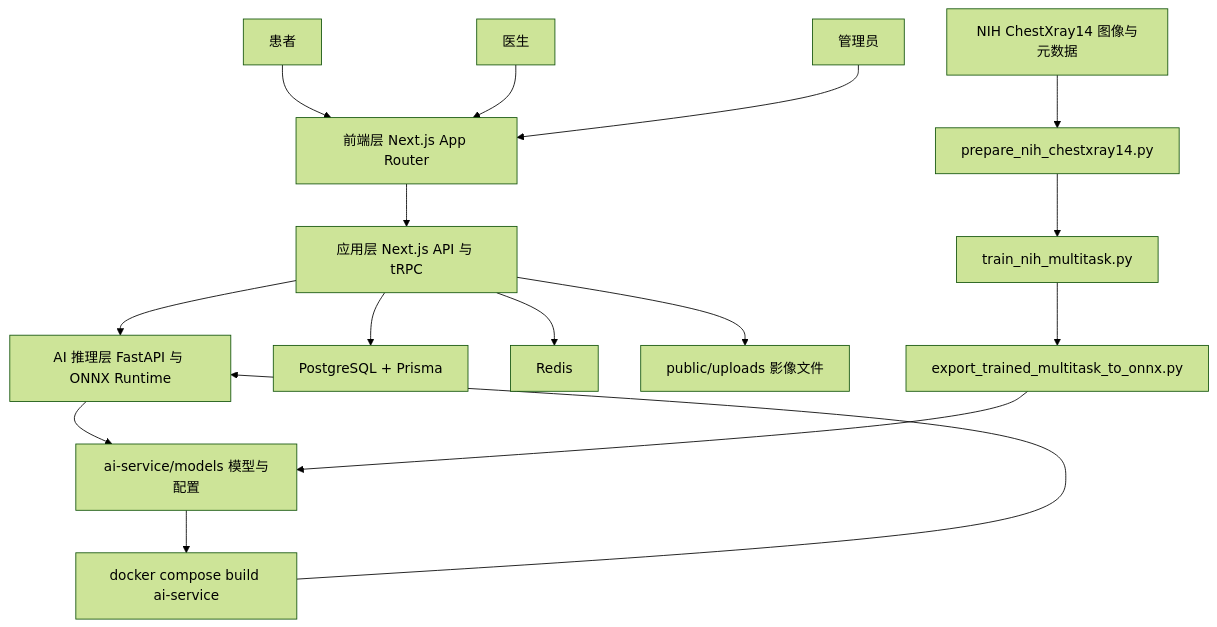
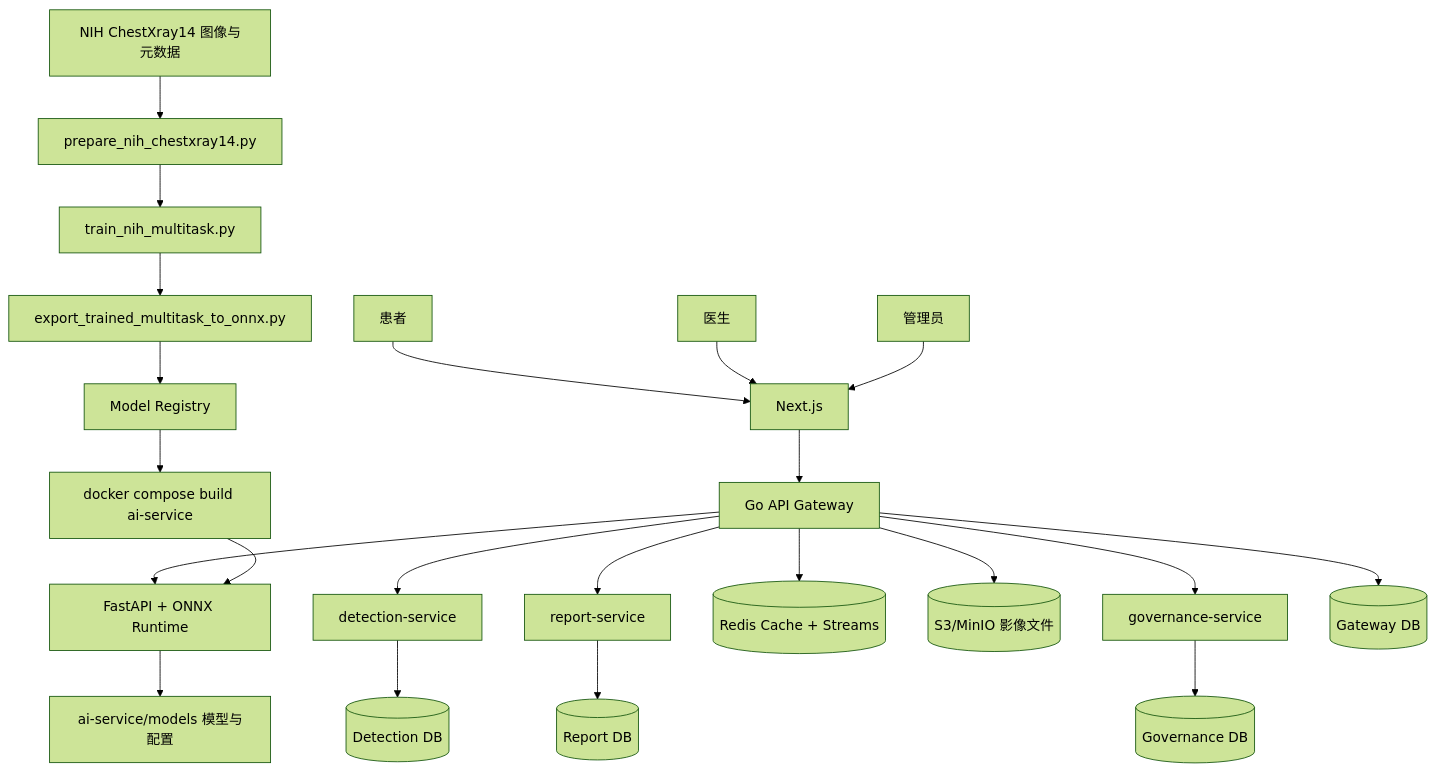
Before and after one commit to laixinyu/cancer-detection-system: the second of 2 diagrams in README.md, drawn with Mermaid (forest theme). The commit also changed other lines of this file and 36 other files, not shown here.

Commit message:
docs: refactor architecture diagrams to reflect true microservices boundary and database isolation

````diff
--- a/README.md
+++ b/README.md
@@ -56,20 +58,27 @@
 ```mermaid
 flowchart TB
-  U1[患者] --> FE[前端层 Next.js App Router]
+  U1[患者] --> FE[Next.js]
   U2[医生] --> FE
   U3[管理员] --> FE
 
-  FE --> BE[应用层 Next.js API 与 tRPC]
-  BE --> AI[AI 推理层 FastAPI 与 ONNX Runtime]
-  BE --> DB[PostgreSQL + Prisma]
-  BE --> REDIS[Redis]
-  BE --> UPLOADS[public/uploads 影像文件]
+  FE --> GW[Go API Gateway]
+  GW --> DET[detection-service]
+  GW --> REP[report-service]
+  GW --> GOV[governance-service]
+  GW --> REDIS[(Redis Cache + Streams)]
+  GW --> UPLOADS[(S3/MinIO 影像文件)]
+  GW --> AI[FastAPI + ONNX Runtime]
+
+  GW --> GDB[(Gateway DB)]
+  DET --> DDB[(Detection DB)]
+  REP --> RDB[(Report DB)]
+  GOV --> VDB[(Governance DB)]
   AI --> MODELS[ai-service/models 模型与配置]
 
   NIH[NIH ChestXray14 图像与元数据] --> PREP[prepare_nih_chestxray14.py]
   PREP --> TRAIN[train_nih_multitask.py]
   TRAIN --> EXPORT[export_trained_multitask_to_onnx.py]
-  EXPORT --> MODELS
-  MODELS --> BUILD[docker compose build ai-service]
+  EXPORT --> REG[Model Registry]
+  REG --> BUILD[docker compose build ai-service]
   BUILD --> AI
 ```
````
